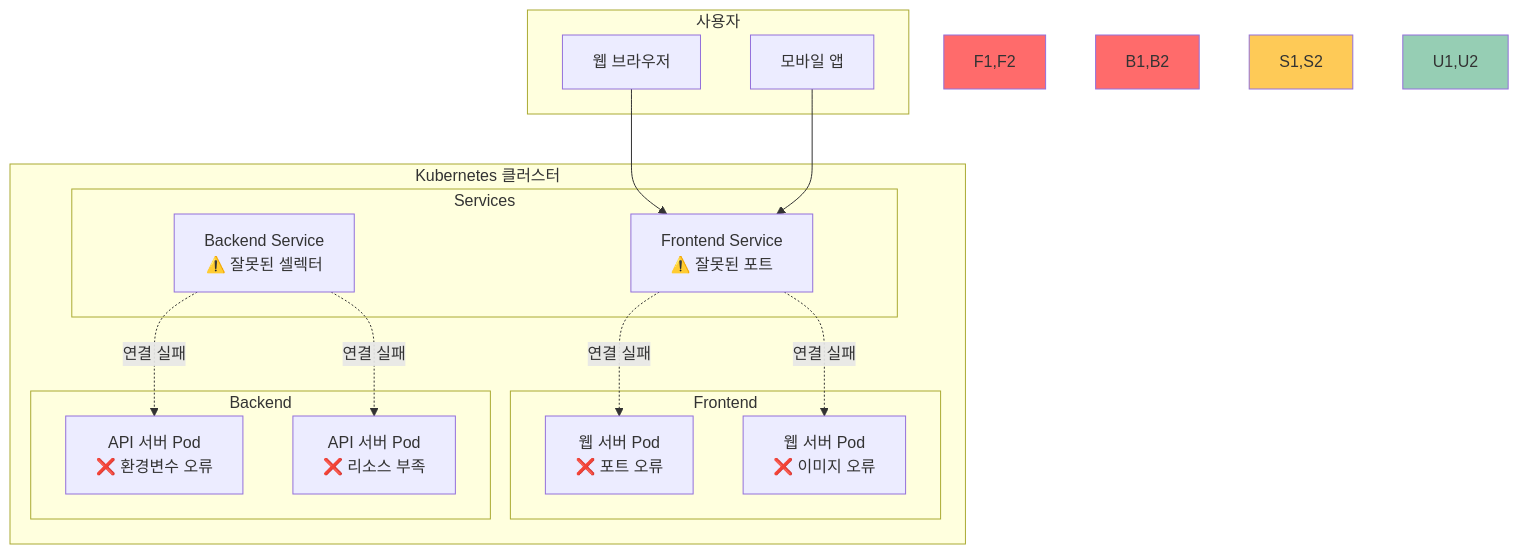
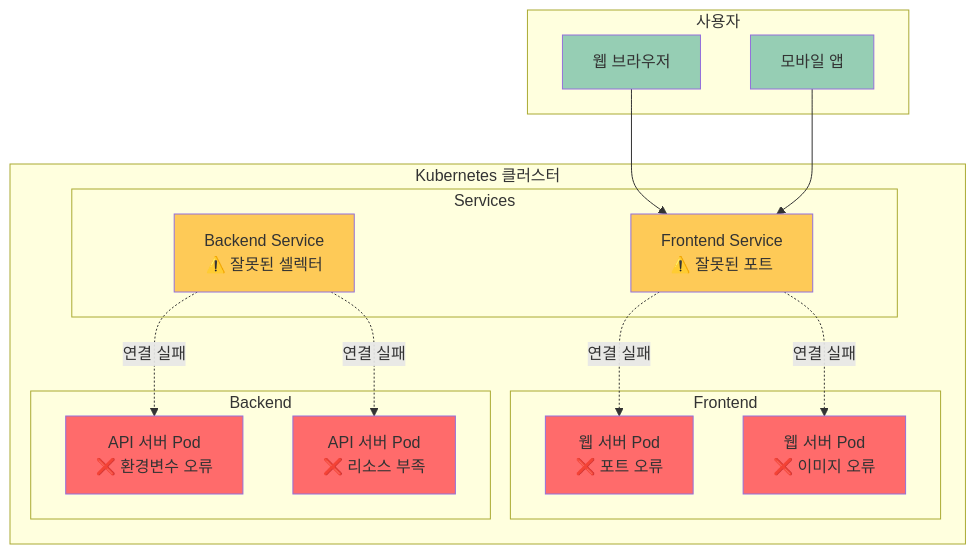
The diagram in theory/week_03/day1/challenge_1.md (niceguy61/kdt_devops_lecture_2025), drawn with Mermaid before and after one commit.

Commit message:
c1 update

````diff
--- a/theory/week_03/day1/challenge_1.md
+++ b/theory/week_03/day1/challenge_1.md
@@ -11,36 +11,40 @@
 ```mermaid
 graph TB
     subgraph "사용자"
         U1[웹 브라우저]
         U2[모바일 앱]
     end
     
     subgraph "Kubernetes 클러스터"
         subgraph "Frontend"
             F1[웹 서버 Pod<br/>❌ 포트 오류]
             F2[웹 서버 Pod<br/>❌ 이미지 오류]
         end
         
         subgraph "Backend"
             B1[API 서버 Pod<br/>❌ 환경변수 오류]
             B2[API 서버 Pod<br/>❌ 리소스 부족]
         end
         
         subgraph "Services"
             S1[Frontend Service<br/>⚠️ 잘못된 포트]
             S2[Backend Service<br/>⚠️ 잘못된 셀렉터]
         end
     end
     
     U1 --> S1
     U2 --> S1
     S1 -.->|연결 실패| F1
     S1 -.->|연결 실패| F2
     S2 -.->|연결 실패| B1
     S2 -.->|연결 실패| B2
     
-    style F1,F2 fill:#ff6b6b
-    style B1,B2 fill:#ff6b6b
-    style S1,S2 fill:#feca57
-    style U1,U2 fill:#96ceb4
+    style F1 fill:#ff6b6b
+    style F2 fill:#ff6b6b
+    style B1 fill:#ff6b6b
+    style B2 fill:#ff6b6b
+    style S1 fill:#feca57
+    style S2 fill:#feca57
+    style U1 fill:#96ceb4
+    style U2 fill:#96ceb4
 ```
````
